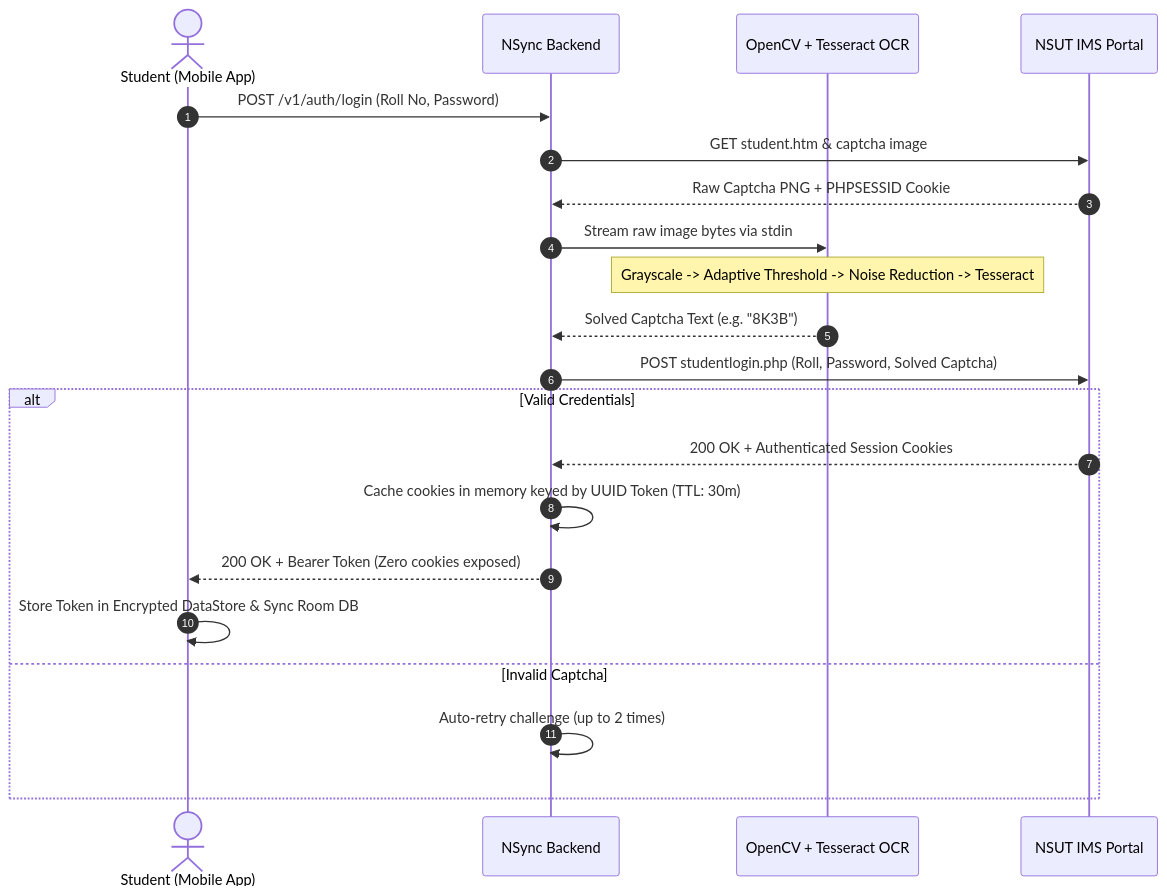
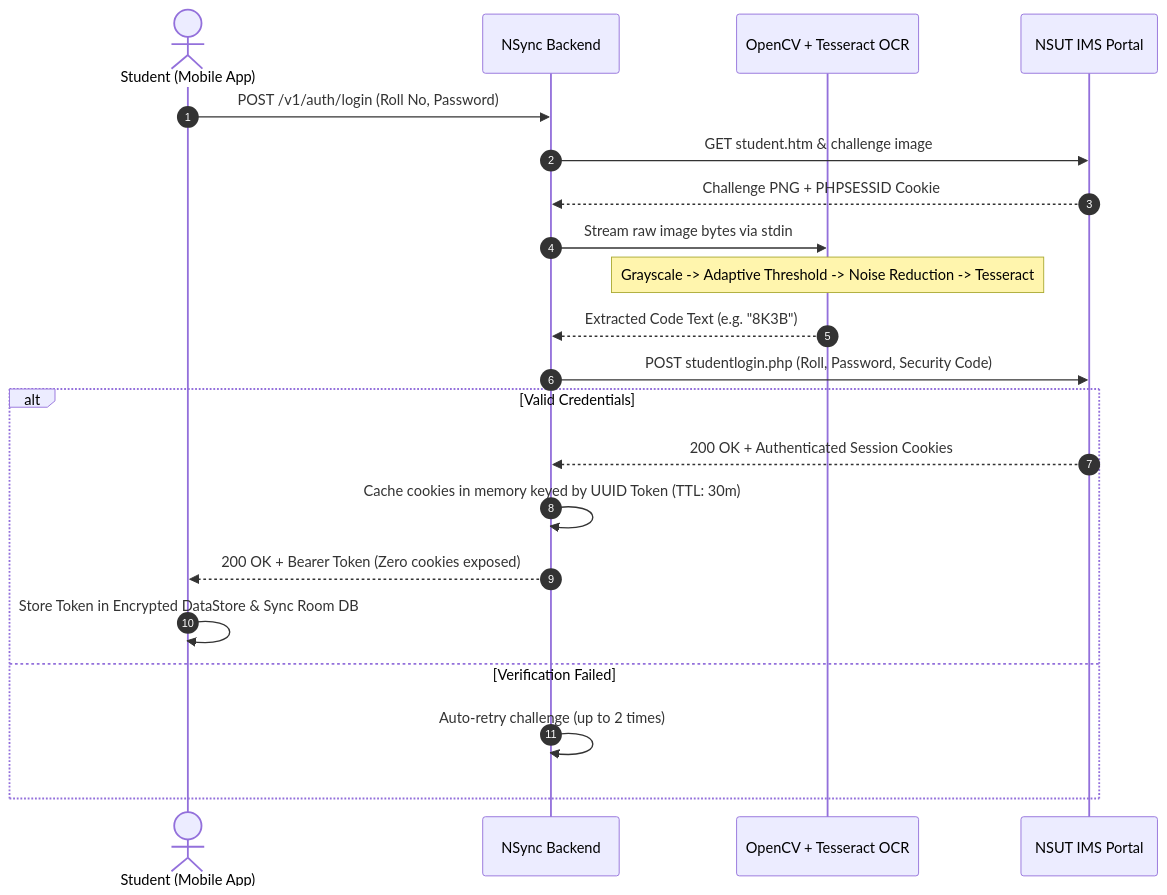
One commit to senkuthegreat/NSync changed the diagram in README.md. Above: the diagram before and after it, drawn with Mermaid. The commit also changed other lines of this file and 21 other files, not shown here.

````diff
--- a/README.md
+++ b/README.md
@@ -215,24 +215,24 @@
 ```mermaid
 sequenceDiagram
     autonumber
     actor Student as Student (Mobile App)
     participant Server as NSync Backend
     participant OCR as OpenCV + Tesseract OCR
     participant IMS as NSUT IMS Portal
 
     Student->>Server: POST /v1/auth/login (Roll No, Password)
-    Server->>IMS: GET student.htm & captcha image
-    IMS-->>Server: Raw Captcha PNG + PHPSESSID Cookie
+    Server->>IMS: GET student.htm & challenge image
+    IMS-->>Server: Challenge PNG + PHPSESSID Cookie
     Server->>OCR: Stream raw image bytes via stdin
     Note over OCR: Grayscale -> Adaptive Threshold -> Noise Reduction -> Tesseract
-    OCR-->>Server: Solved Captcha Text (e.g. "8K3B")
-    Server->>IMS: POST studentlogin.php (Roll, Password, Solved Captcha)
+    OCR-->>Server: Extracted Code Text (e.g. "8K3B")
+    Server->>IMS: POST studentlogin.php (Roll, Password, Security Code)
     alt Valid Credentials
         IMS-->>Server: 200 OK + Authenticated Session Cookies
         Server->>Server: Cache cookies in memory keyed by UUID Token (TTL: 30m)
         Server-->>Student: 200 OK + Bearer Token (Zero cookies exposed)
         Student->>Student: Store Token in Encrypted DataStore & Sync Room DB
-    else Invalid Captcha
+    else Verification Failed
         Server->>Server: Auto-retry challenge (up to 2 times)
     end
 ```
````
